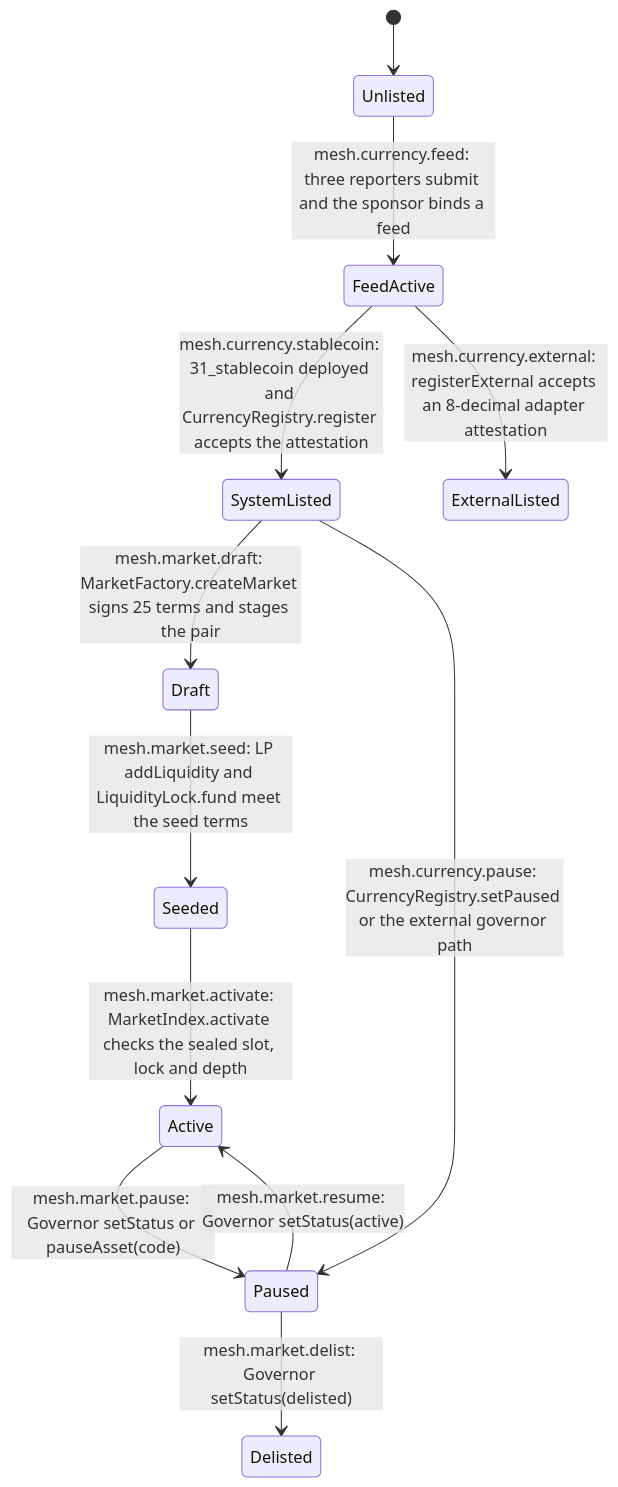
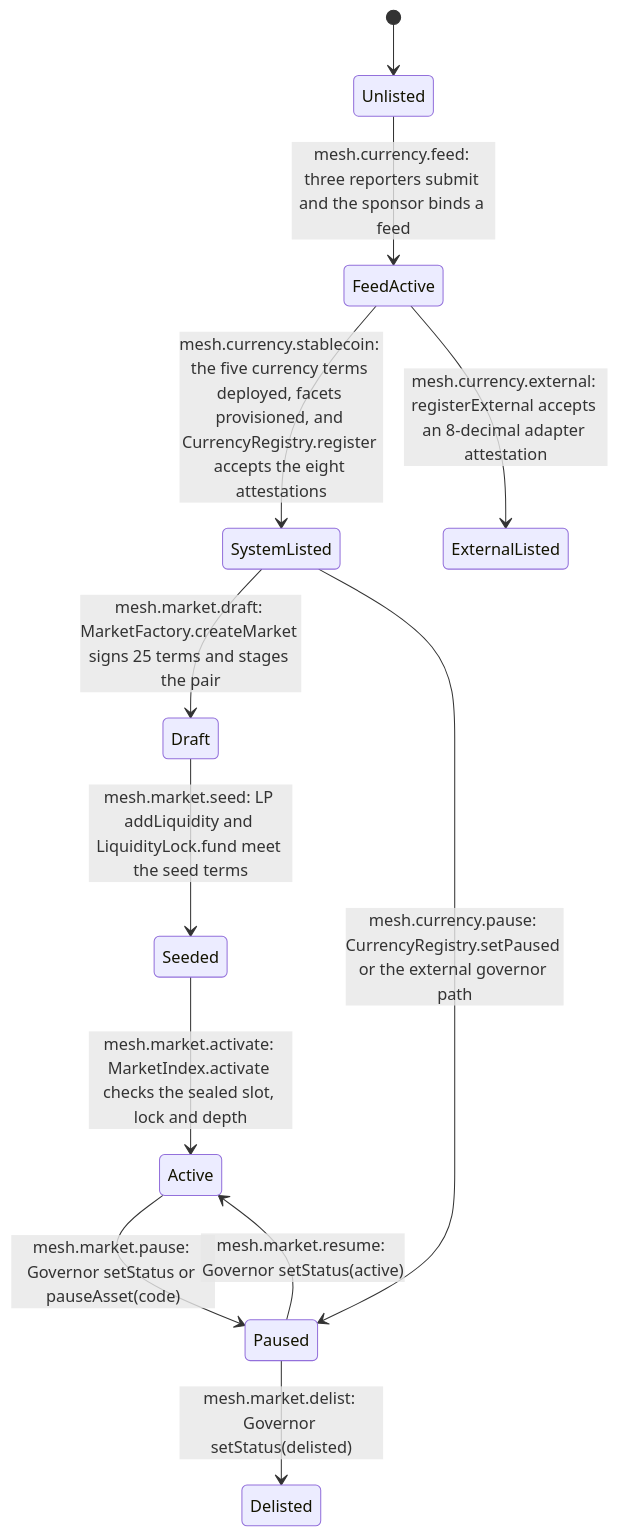
Before and after one commit to PatrickMockridge/r-cash: the diagram in docs/spec/flows/13-mesh.md, drawn with Mermaid. The commit also changed other lines of this file and 24 other files, not shown here.

````diff
--- a/docs/spec/flows/13-mesh.md
+++ b/docs/spec/flows/13-mesh.md
@@ -9,14 +9,14 @@
 ```mermaid
 stateDiagram-v2
   [*] --> Unlisted
   Unlisted --> FeedActive: mesh.currency.feed: three reporters submit and the sponsor binds a feed
-  FeedActive --> SystemListed: mesh.currency.stablecoin: 31_stablecoin deployed and CurrencyRegistry.register accepts the attestation
+  FeedActive --> SystemListed: mesh.currency.stablecoin: the five currency terms deployed, facets provisioned, and CurrencyRegistry.register accepts the eight attestations
   FeedActive --> ExternalListed: mesh.currency.external: registerExternal accepts an 8-decimal adapter attestation
   SystemListed --> Draft: mesh.market.draft: MarketFactory.createMarket signs 25 terms and stages the pair
   Draft --> Seeded: mesh.market.seed: LP addLiquidity and LiquidityLock.fund meet the seed terms
   Seeded --> Active: mesh.market.activate: MarketIndex.activate checks the sealed slot, lock and depth
   Active --> Paused: mesh.market.pause: Governor setStatus or pauseAsset(code)
   Paused --> Active: mesh.market.resume: Governor setStatus(active)
   Paused --> Delisted: mesh.market.delist: Governor setStatus(delisted)
   SystemListed --> Paused: mesh.currency.pause: CurrencyRegistry.setPaused or the external governor path
 ```
````
